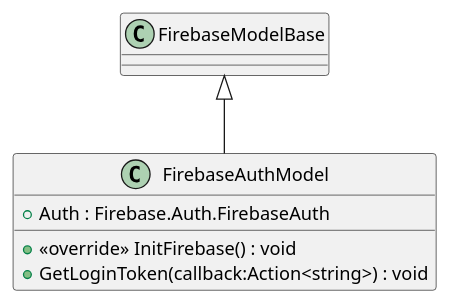
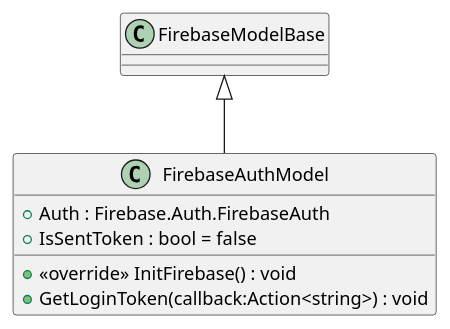
The diagram in src/Assets/Scripts/Core/UserAccountModule/puml/Model/FirebaseAuthModel.puml (cutehusky/VirtualChat3D), drawn with PlantUML before and after one commit. The commit also changed 71 other files, not shown here.

First line of the commit message:
Update class diagram generation

```diff
--- a/src/Assets/Scripts/Core/UserAccountModule/puml/Model/FirebaseAuthModel.puml
+++ b/src/Assets/Scripts/Core/UserAccountModule/puml/Model/FirebaseAuthModel.puml
@@ -1,8 +1,9 @@
 @startuml
 class FirebaseAuthModel {
     + Auth : Firebase.Auth.FirebaseAuth
+    + IsSentToken : bool = false
     + <<override>> InitFirebase() : void
     + GetLoginToken(callback:Action<string>) : void
 }
 FirebaseModelBase <|-- FirebaseAuthModel
 @enduml
```
